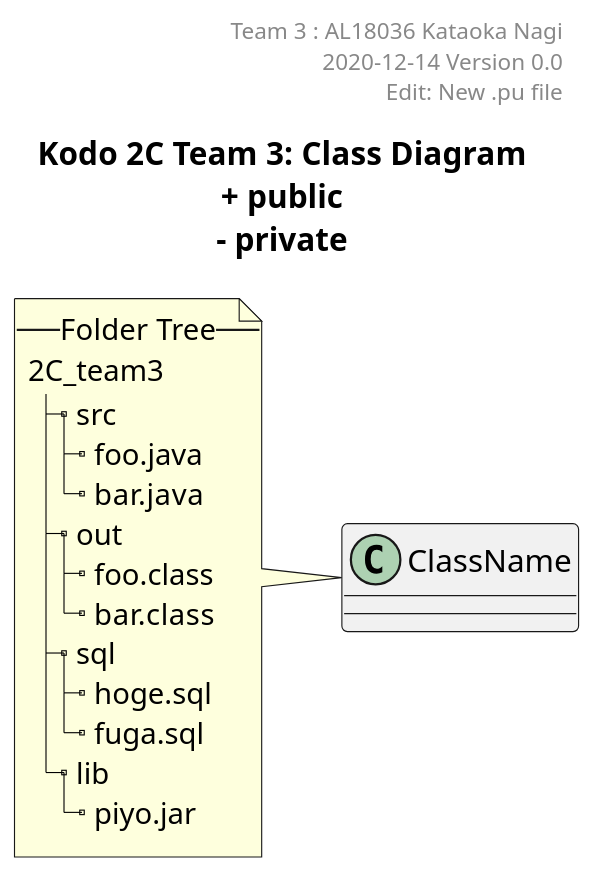
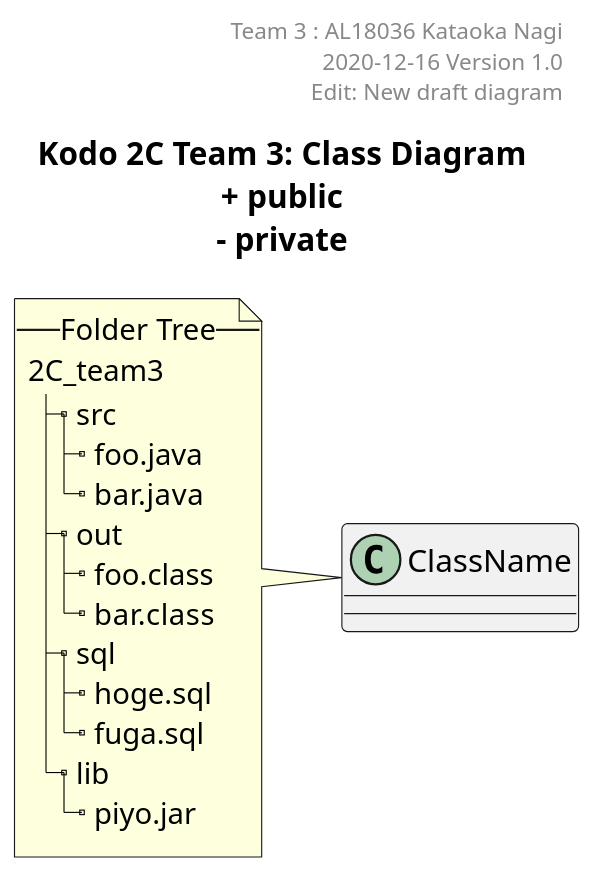
Before and after one commit to KataokaNagi/2C_team3: the diagram in uml/class_diagram.pu, drawn with PlantUML.

Commit message:
クラス図内のヘッダの編集

```diff
--- a/uml/class_diagram.pu
+++ b/uml/class_diagram.pu
@@ -12,169 +12,169 @@
 @startuml ./class_diagram.png
 scale 1.5
 skinparam DefaultFontName メイリオ
 ' 可視性の変更
 skinparam classAttributeIconSize 0
 
 header 
 Team 3 : AL18036 Kataoka Nagi
-2020-12-14 Version 0.0
-Edit: New .pu file
+2020-12-16 Version 1.0
+Edit: New draft diagram
 end header
 
 title
 **Kodo 2C Team 3: Class Diagram**
 + public
 ~- private
 end title
 ' __static__
 
 ' class def
 ' @see https://qiita.com/KeithYokoma/items/ee21fec6a3ebb5d1e9a8
 
 class ClassName
 
 note left
   --Folder Tree--
   2C_team3
   |_ src
     |_ foo.java
     |_ bar.java
   |_ out
     |_ foo.class
     |_ bar.class
   |_ sql
     |_ hoge.sql
     |_ fuga.sql
   |_ lib
     |_ piyo.jar
 end note
 
 ' ********** PlantUML Sample **********
 
 ' class ClassName
 
 ' note left
 '   --Folder Tree--
 '   2C_team3
 '   |_ src
 '     |_ foo.java
 '     |_ bar.java
 '   |_ out
 '     |_ foo.class
 '     |_ bar.class
 '   |_ sql
 '     |_ hoge.sql
 '     |_ fuga.sql
 '   |_ lib
 '     |_ piyo.jar
 ' end note
 
 ' class ClassName implements Interface {
 '   - fieldName: Type = Value
 
 '   + methodName(): Returns
 ' }
 
 
 ' class Use {
 ' }
 
 ' class ClassName extends Extends {
 ' }
 
 ' ClassName ..> Use
 
 ' ********** PlantUML Tutorial **********
 
 ' note left
 
 '   --木構造--
 '   |_build.gradle
 '   |_src
 '     |_main
 '       |_java
 '         |_**bold**
 '         |_--strike--
 '         |_//itaric//
 '         |___underline__
 '         |_""monospace""
 '     |_test
 
 ' end note
 
 ' class Hello　<<StereoType>> {
 '     {abstract} one: String
 '     {static} three(param1: String, param2: int): boolean
 '     String two
 '     int four(List<String> param)
 ' }
 ' class World <Template>{
 '     - privateField: int
 '     # protectedField: int
 '     ~ packagePrivateField: int
 '     + publicField: int
 
 '     - privateMethod(): void
 '     # protectedMethod(): void
 '     ~ packagePrivateMethod(): void
 '     + publicMethod(): void
 ' }
 ' note left : note
 ' note top of Hello: note
 
 ' interface hoge
 ' abstruct class hoge
 ' enum HelloWorld {
 '     ONE
 '     TWO
 '     THREE
 ' }
 
 ' interface One
 ' interface Two
 ' interface Three extends Two
 ' interface Four
 ' class Five implements One, Three
 ' class Six extends Five implements Four {
 '     field: String
 '     method(): void
 ' }
 
 ' Hello -- World
 ' One --> Two
 ' Three <-- Four
 ' Five <--> Six
 ' Seven x-- Eight
 ' Nine --x Ten
 ' One ..> Two
 ' Three <.. Four
 ' One --|> Two
 ' Three <|-- Four
 ' One ..|> Two
 ' Three <|.. Four
 ' One --o Two
 ' Three o-- Four
 ' One --* Two
 ' Three *-- Four
 ' One -- Two : Hoge
 ' Three -- Four : Fuga >
 ' Five -- Six : < Piyo
 ' One "Foo" -- Two 
 ' Three -- "Bar" Four
 ' Five "1" -- "1..*" Six
 ' Seven "1 Fizz" -- "~* Buzz" Eight
 
 ' package one.two {
 '     class Hello
 ' }
 ' package three.four {
 '     World -- Hello
 ' }
 
 ' Hello -- World
 ' note on link
 ' hoge
 ' fuga
 ' end note
 
 @enduml
```
